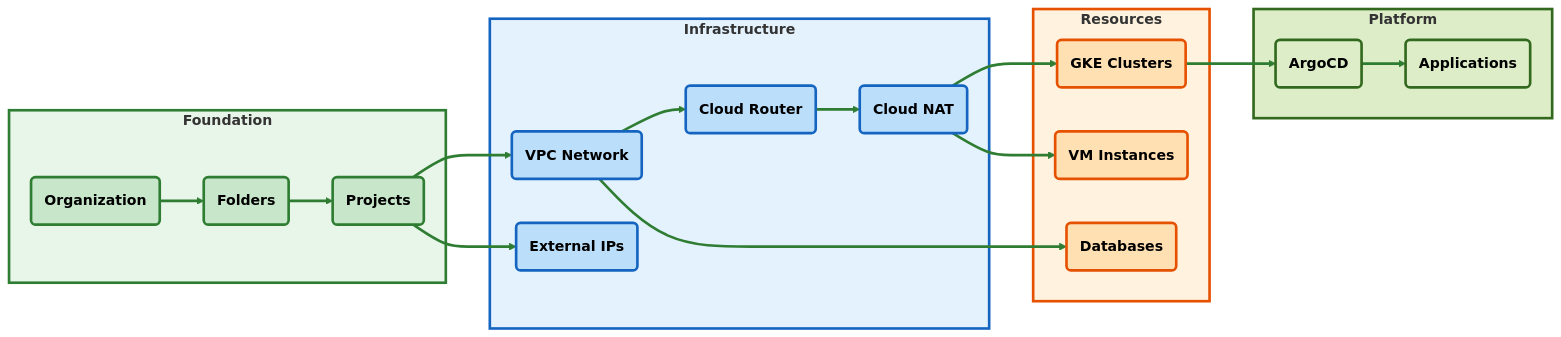
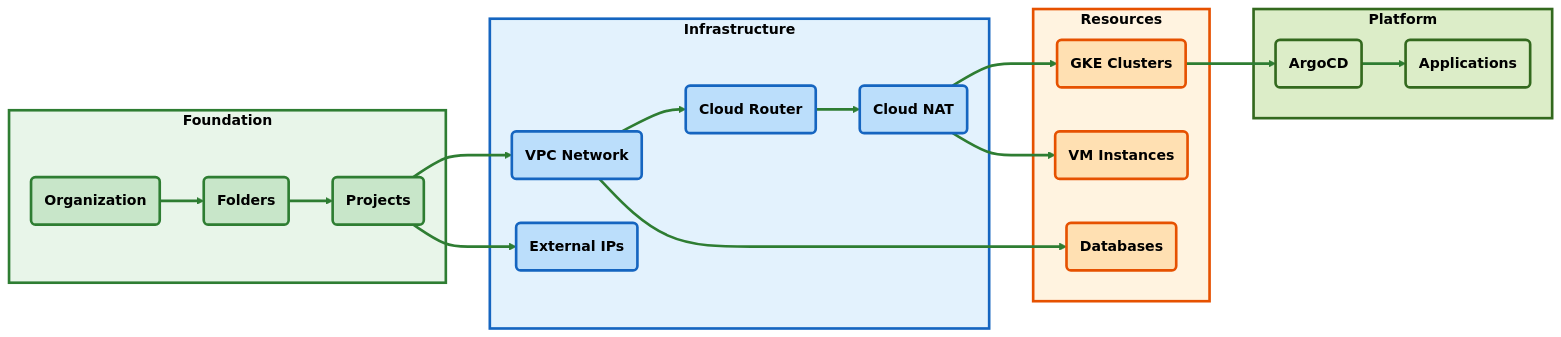
The fifth of 7 diagrams in docs/ARCHITECTURE_DIAGRAM.md (spolspol/terragrunt-gcp-org-automation), drawn with Mermaid before and after one commit. The commit also changed other lines of this file, not shown here.

Commit message:
Docs: Expand architecture diagram

````diff
--- a/docs/ARCHITECTURE_DIAGRAM.md
+++ b/docs/ARCHITECTURE_DIAGRAM.md
@@ -383,53 +446,53 @@
 ```mermaid
 graph LR
     subgraph Foundation["<b>Foundation</b>"]
         ORG("<b>Organization</b>")
         FOLDER("<b>Folders</b>")
         PROJECT("<b>Projects</b>")
         ORG ==> FOLDER ==> PROJECT
     end
 
     subgraph Infrastructure["<b>Infrastructure</b>"]
         VPC_NET("<b>VPC Network</b>")
         EXT_IP("<b>External IPs</b>")
         ROUTER("<b>Cloud Router</b>")
         NAT("<b>Cloud NAT</b>")
         PROJECT ==> VPC_NET
         VPC_NET ==> ROUTER
         ROUTER ==> NAT
         PROJECT ==> EXT_IP
     end
 
     subgraph Resources["<b>Resources</b>"]
         GKE_RES("<b>GKE Clusters</b>")
         VM_RES("<b>VM Instances</b>")
         DB_RES("<b>Databases</b>")
         NAT ==> GKE_RES
         NAT ==> VM_RES
         VPC_NET ==> DB_RES
     end
 
     subgraph Platform["<b>Platform</b>"]
         ARGOCD("<b>ArgoCD</b>")
         APPS("<b>Applications</b>")
         GKE_RES ==> ARGOCD
         ARGOCD ==> APPS
     end
 
     classDef found fill:#c8e6c9,stroke:#2e7d32,stroke-width:3px,font-weight:bold,color:#000
     classDef infra fill:#bbdefb,stroke:#1565c0,stroke-width:3px,font-weight:bold,color:#000
     classDef res fill:#ffe0b2,stroke:#e65100,stroke-width:3px,font-weight:bold,color:#000
     classDef plat fill:#dcedc8,stroke:#33691e,stroke-width:3px,font-weight:bold,color:#000
 
     class ORG,FOLDER,PROJECT found
     class VPC_NET,EXT_IP,ROUTER,NAT infra
     class GKE_RES,VM_RES,DB_RES res
     class ARGOCD,APPS plat
 
     linkStyle default stroke:#2e7d32,stroke-width:3px
 
-    style Foundation fill:#e8f5e9,stroke:#2e7d32,stroke-width:3px
-    style Infrastructure fill:#e3f2fd,stroke:#1565c0,stroke-width:3px
-    style Resources fill:#fff3e0,stroke:#e65100,stroke-width:3px
-    style Platform fill:#dcedc8,stroke:#33691e,stroke-width:3px
+    style Foundation fill:#e8f5e9,stroke:#2e7d32,stroke-width:3px,color:#000
+    style Infrastructure fill:#e3f2fd,stroke:#1565c0,stroke-width:3px,color:#000
+    style Resources fill:#fff3e0,stroke:#e65100,stroke-width:3px,color:#000
+    style Platform fill:#dcedc8,stroke:#33691e,stroke-width:3px,color:#000
 ```
````
